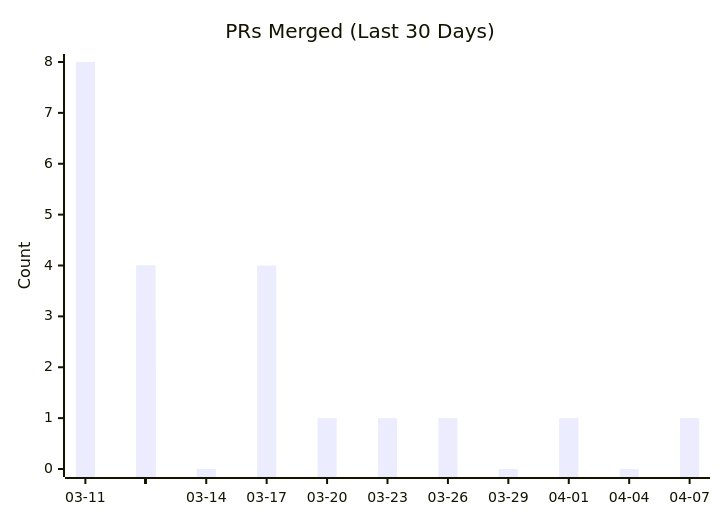
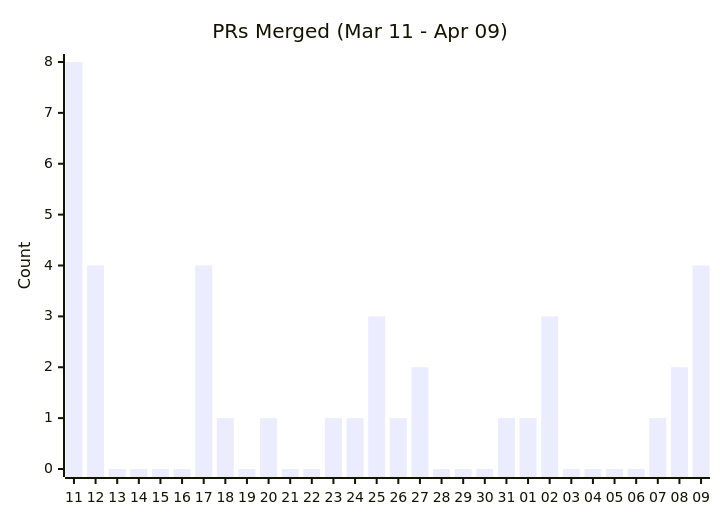
The second of 9 diagrams in triage/CONTRIBUTION_METRICS.md (cocosheng-g/gemini-cli), drawn with Mermaid before and after one commit. The commit also changed other lines of this file, not shown here.

````diff
--- a/triage/CONTRIBUTION_METRICS.md
+++ b/triage/CONTRIBUTION_METRICS.md
@@ -22,7 +22,7 @@
 ```mermaid
 xychart-beta
-    title "PRs Merged (Last 30 Days)"
-    x-axis ["03-11", "  ", "   ", "03-14", "     ", "      ", "03-17", "        ", "         ", "03-20", "           ", "            ", "03-23", "              ", "               ", "03-26", "                 ", "                  ", "03-29", "                    ", "                     ", "04-01", "                       ", "                        ", "04-04", "                          ", "                           ", "04-07", "                             ", "                              "]
+    title "PRs Merged (Mar 11 - Apr 09)"
+    x-axis ["11", "12​", "13​​", "14​​​", "15​​​​", "16​​​​​", "17​​​​​​", "18​​​​​​​", "19​​​​​​​​", "20​​​​​​​​​", "21​​​​​​​​​​", "22​​​​​​​​​​​", "23​​​​​​​​​​​​", "24​​​​​​​​​​​​​", "25​​​​​​​​​​​​​​", "26​​​​​​​​​​​​​​​", "27​​​​​​​​​​​​​​​​", "28​​​​​​​​​​​​​​​​​", "29​​​​​​​​​​​​​​​​​​", "30​​​​​​​​​​​​​​​​​​​", "31​​​​​​​​​​​​​​​​​​​​", "01​​​​​​​​​​​​​​​​​​​​​", "02​​​​​​​​​​​​​​​​​​​​​​", "03​​​​​​​​​​​​​​​​​​​​​​​", "04​​​​​​​​​​​​​​​​​​​​​​​​", "05​​​​​​​​​​​​​​​​​​​​​​​​​", "06​​​​​​​​​​​​​​​​​​​​​​​​​​", "07​​​​​​​​​​​​​​​​​​​​​​​​​​​", "08​​​​​​​​​​​​​​​​​​​​​​​​​​​​", "09​​​​​​​​​​​​​​​​​​​​​​​​​​​​​"]
     y-axis "Count"
     bar [8, 4, 0, 0, 0, 0, 4, 1, 0, 1, 0, 0, 1, 1, 3, 1, 2, 0, 0, 0, 1, 1, 3, 0, 0, 0, 0, 1, 2, 4]
 ```
````
